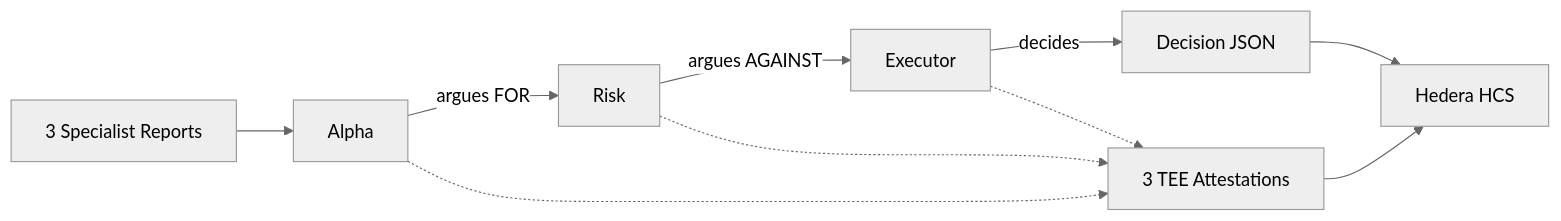
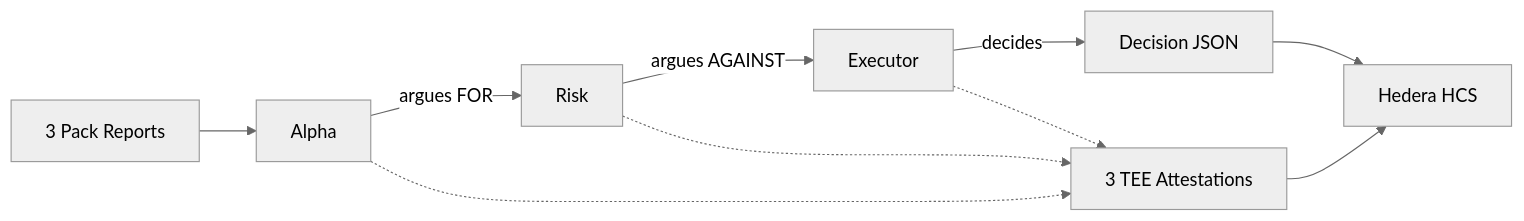
Before and after one commit to elbarroca/ETH_Global_Cannes_2026: the sixth of 7 diagrams in README.md, drawn with Mermaid (neutral theme). The commit also changed other lines of this file and 24 other files, not shown here.

````diff
--- a/README.md
+++ b/README.md
@@ -202,12 +202,12 @@
 ```mermaid
 graph LR
-    Reports[3 Specialist Reports] --> Alpha
+    Reports[3 Pack Reports] --> Alpha
     Alpha -->|argues FOR| Risk
     Risk -->|argues AGAINST| Executor
     Executor -->|decides| Decision[Decision JSON]
     Decision --> HCS[Hedera HCS]
     Alpha -.-> Proof[3 TEE Attestations]
     Risk -.-> Proof
     Executor -.-> Proof
     Proof --> HCS
 ```
````
